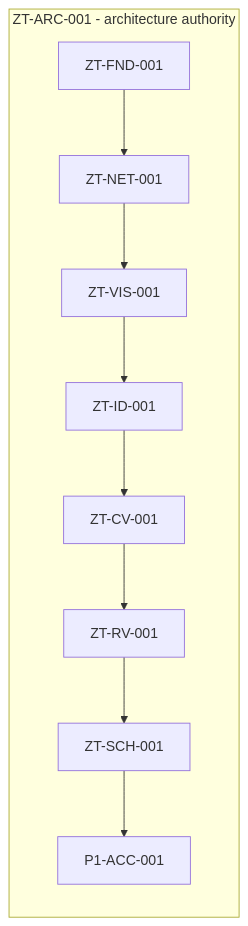
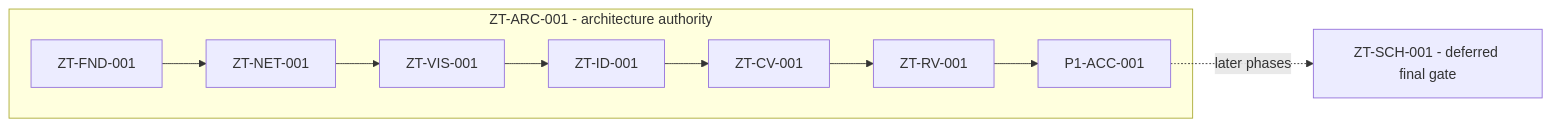
The diagram in docs/zero-trust/README.md (snsd-hybridinfra/snsd-multicloud-ops), drawn with Mermaid before and after one commit. The commit also changed other lines of this file and 474 other files, not shown here.

````diff
--- a/docs/zero-trust/README.md
+++ b/docs/zero-trust/README.md
@@ -28,7 +40,8 @@
 ```mermaid
 flowchart LR
   subgraph ARC["ZT-ARC-001 - architecture authority"]
     FND["ZT-FND-001"] --> NET["ZT-NET-001"] --> VIS["ZT-VIS-001"] --> ID["ZT-ID-001"]
-    ID --> CV["ZT-CV-001"] --> RV["ZT-RV-001"] --> SCH["ZT-SCH-001"] --> ACC["P1-ACC-001"]
+    ID --> CV["ZT-CV-001"] --> RV["ZT-RV-001"] --> ACC["P1-ACC-001"]
   end
+  ACC -. "later phases" .-> SCH["ZT-SCH-001 - deferred final gate"]
 ```
````
